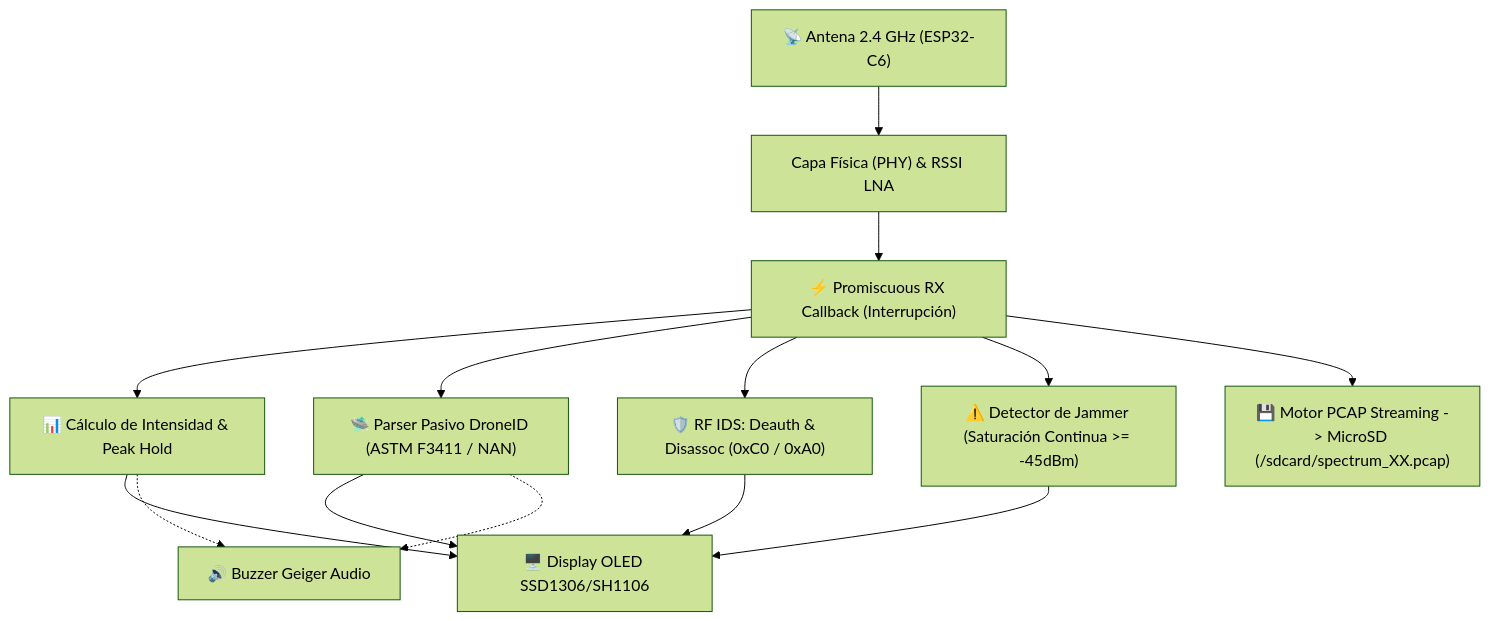
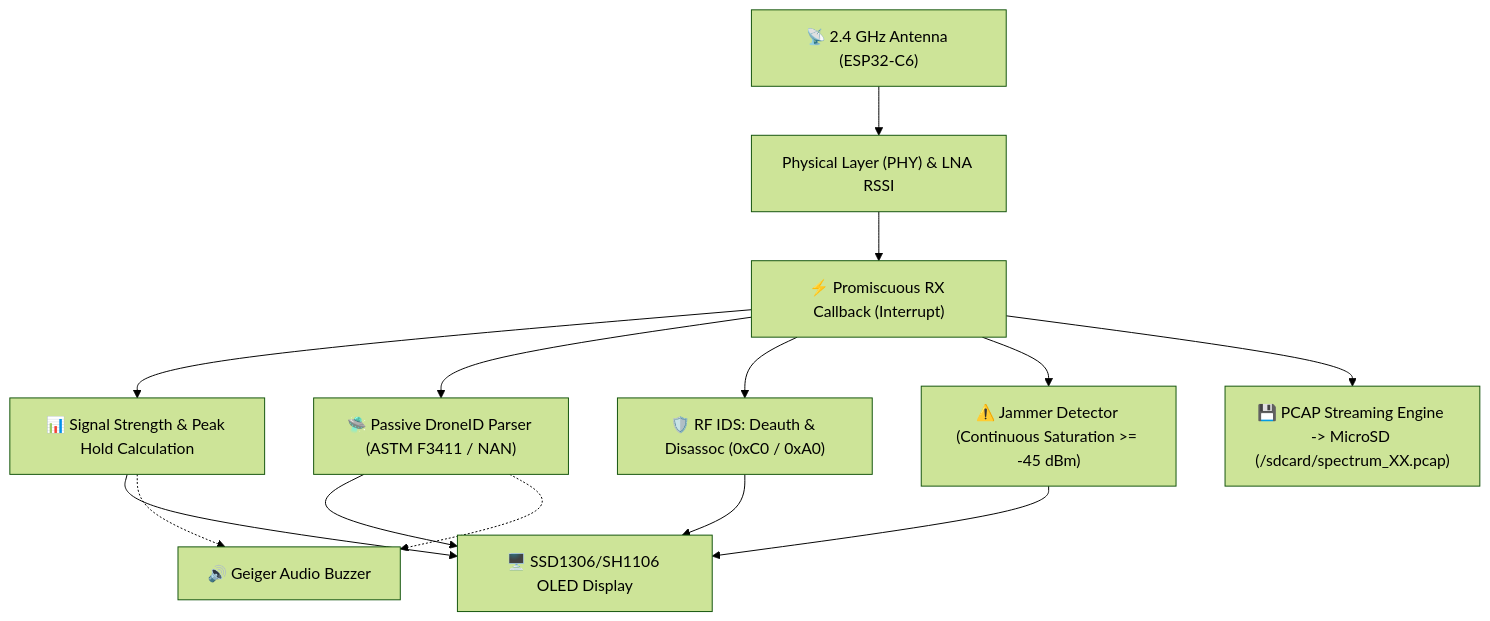
The first of 2 diagrams in docs/rf-spectrum-advanced.md (ElectronicCats/Minino), drawn with Mermaid (forest theme) before and after one commit. The commit also changed other lines of this file and 8 other files, not shown here.

````diff
--- a/docs/rf-spectrum-advanced.md
+++ b/docs/rf-spectrum-advanced.md
@@ -11,19 +11,19 @@
 ```mermaid
 flowchart TD
-    Antenna["📡 Antena 2.4 GHz (ESP32-C6)"] --> L1["Capa Física (PHY) & RSSI LNA"]
-    L1 --> PromiscCB["⚡ Promiscuous RX Callback (Interrupción)"]
+    Antenna["📡 2.4 GHz Antenna (ESP32-C6)"] --> L1["Physical Layer (PHY) & LNA RSSI"]
+    L1 --> PromiscCB["⚡ Promiscuous RX Callback (Interrupt)"]
     
-    PromiscCB --> SignalCalc["📊 Cálculo de Intensidad & Peak Hold"]
-    PromiscCB --> DroneParser["🛸 Parser Pasivo DroneID (ASTM F3411 / NAN)"]
+    PromiscCB --> SignalCalc["📊 Signal Strength & Peak Hold Calculation"]
+    PromiscCB --> DroneParser["🛸 Passive DroneID Parser (ASTM F3411 / NAN)"]
     PromiscCB --> DeauthIDS["🛡️ RF IDS: Deauth & Disassoc (0xC0 / 0xA0)"]
-    PromiscCB --> JammerDetect["⚠️ Detector de Jammer (Saturación Continua >= -45dBm)"]
-    PromiscCB --> PCAPStream["💾 Motor PCAP Streaming -> MicroSD (/sdcard/spectrum_XX.pcap)"]
+    PromiscCB --> JammerDetect["⚠️ Jammer Detector (Continuous Saturation >= -45 dBm)"]
+    PromiscCB --> PCAPStream["💾 PCAP Streaming Engine -> MicroSD (/sdcard/spectrum_XX.pcap)"]
     
-    SignalCalc --> OLED["🖥️ Display OLED SSD1306/SH1106"]
+    SignalCalc --> OLED["🖥️ SSD1306/SH1106 OLED Display"]
     DroneParser --> OLED
     DeauthIDS --> OLED
     JammerDetect --> OLED
     
-    DroneParser -.-> Buzzer["🔊 Buzzer Geiger Audio"]
+    DroneParser -.-> Buzzer["🔊 Geiger Audio Buzzer"]
     SignalCalc -.-> Buzzer
 ```
````
